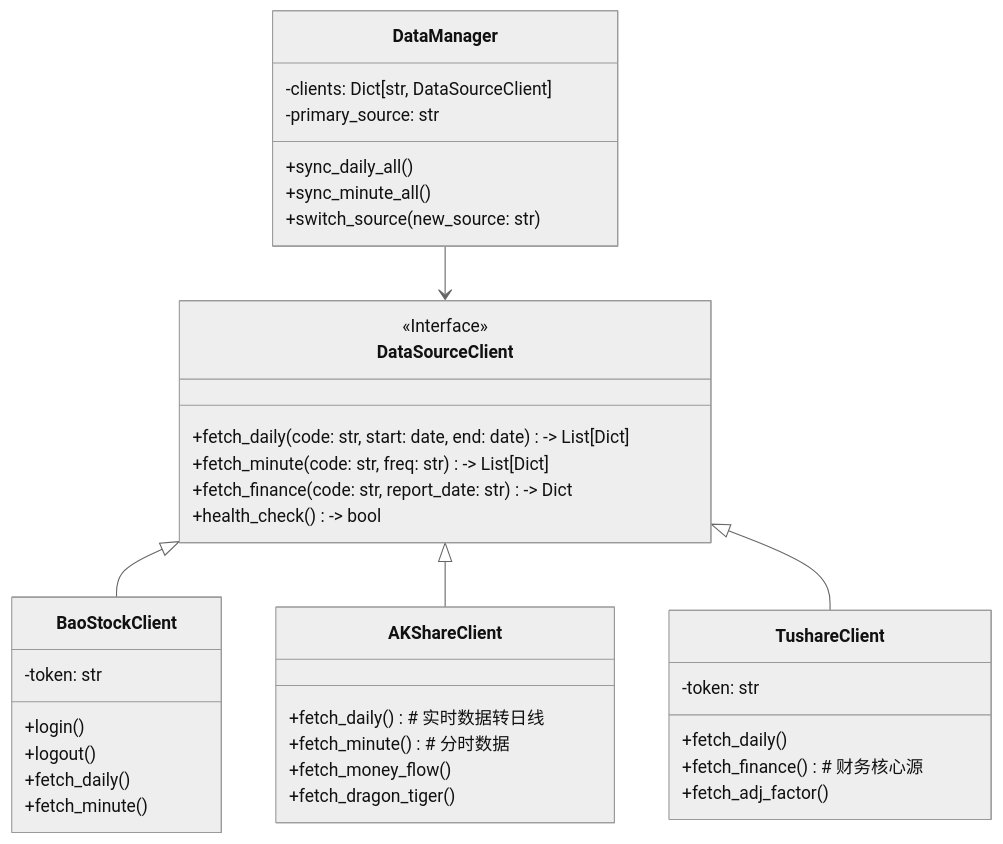
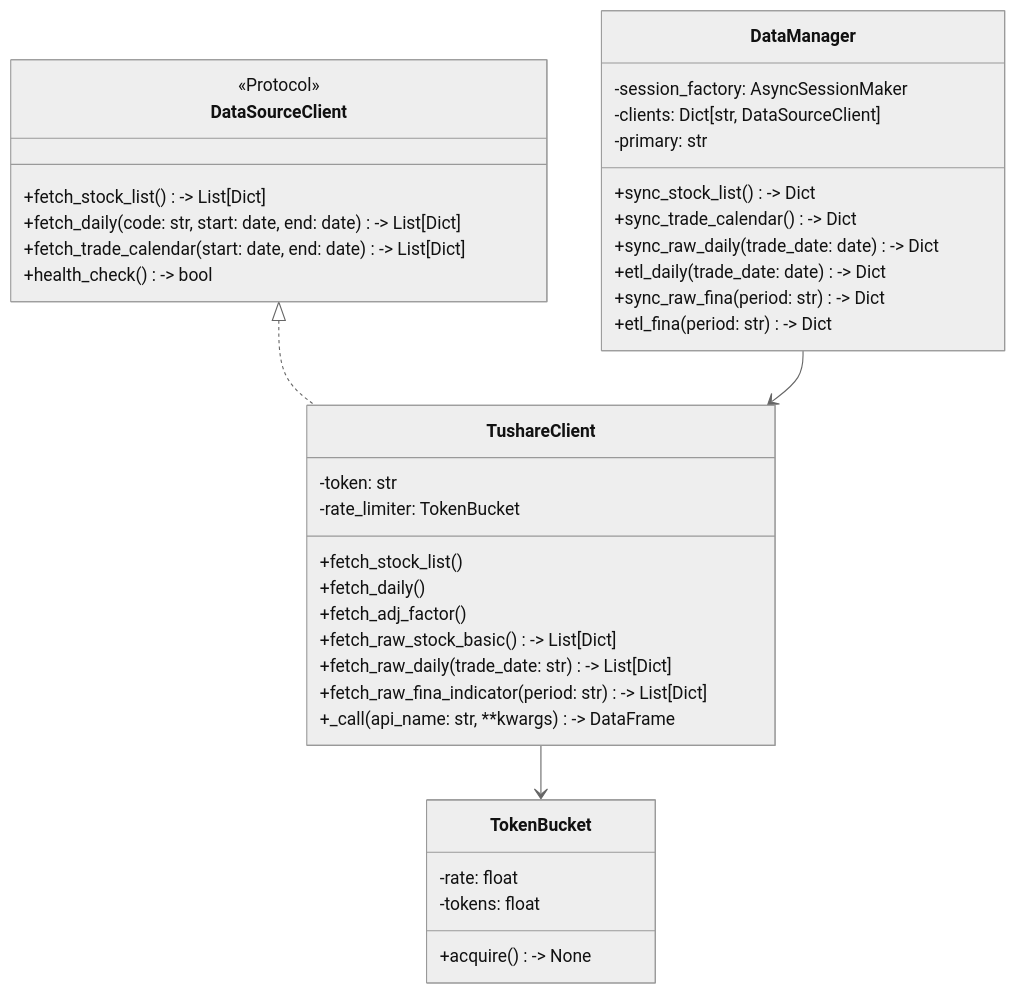
Before and after one commit to adrian-xia/stock-selector: the first of 5 diagrams in docs/design/01-详细设计-数据采集.md, drawn with Mermaid (neutral theme). The commit also changed other lines of this file and 6 other files, not shown here.

First line of the commit message:
feat: 完成 P1 财务数据 ETL、DataManager 和 TushareClient 实现

````diff
--- a/docs/design/01-详细设计-数据采集.md
+++ b/docs/design/01-详细设计-数据采集.md
@@ -27,45 +32,44 @@
 ```mermaid
 classDiagram
     class DataSourceClient {
-        <<Interface>>
+        <<Protocol>>
+        +fetch_stock_list() -> List[Dict]
         +fetch_daily(code: str, start: date, end: date) -> List[Dict]
-        +fetch_minute(code: str, freq: str) -> List[Dict]
-        +fetch_finance(code: str, report_date: str) -> Dict
+        +fetch_trade_calendar(start: date, end: date) -> List[Dict]
         +health_check() -> bool
-    }
-
-    class BaoStockClient {
-        -token: str
-        +login()
-        +logout()
-        +fetch_daily()
-        +fetch_minute()
-    }
-
-    class AKShareClient {
-        +fetch_daily()  # 实时数据转日线
-        +fetch_minute() # 分时数据
-        +fetch_money_flow()
-        +fetch_dragon_tiger()
     }
 
     class TushareClient {
         -token: str
+        -rate_limiter: TokenBucket
+        +fetch_stock_list()
         +fetch_daily()
-        +fetch_finance() # 财务核心源
         +fetch_adj_factor()
+        +fetch_raw_stock_basic() -> List[Dict]
+        +fetch_raw_daily(trade_date: str) -> List[Dict]
+        +fetch_raw_fina_indicator(period: str) -> List[Dict]
+        +_call(api_name: str, **kwargs) -> DataFrame
     }
 
     class DataManager {
+        -session_factory: AsyncSessionMaker
         -clients: Dict[str, DataSourceClient]
-        -primary_source: str
-        +sync_daily_all()
-        +sync_minute_all()
-        +switch_source(new_source: str)
+        -primary: str
+        +sync_stock_list() -> Dict
+        +sync_trade_calendar() -> Dict
+        +sync_raw_daily(trade_date: date) -> Dict
+        +etl_daily(trade_date: date) -> Dict
+        +sync_raw_fina(period: str) -> Dict
+        +etl_fina(period: str) -> Dict
     }
 
-    DataSourceClient <|-- BaoStockClient
-    DataSourceClient <|-- AKShareClient
-    DataSourceClient <|-- TushareClient
-    DataManager --> DataSourceClient
+    class TokenBucket {
+        -rate: float
+        -tokens: float
+        +acquire() -> None
+    }
+
+    DataSourceClient <|.. TushareClient
+    DataManager --> TushareClient
+    TushareClient --> TokenBucket
 ```
````
